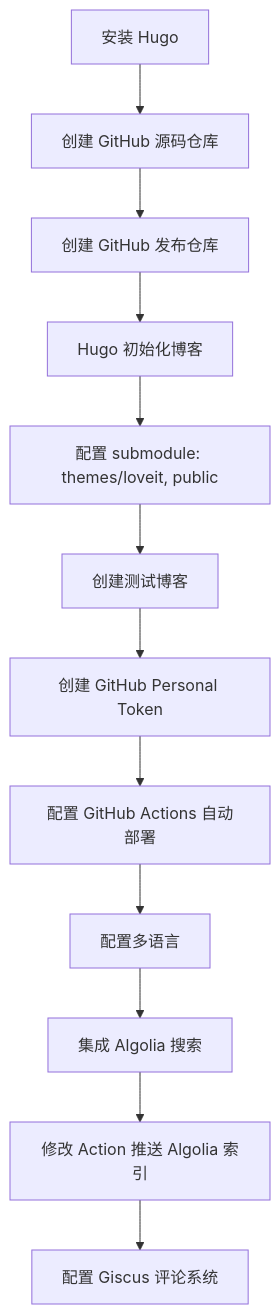
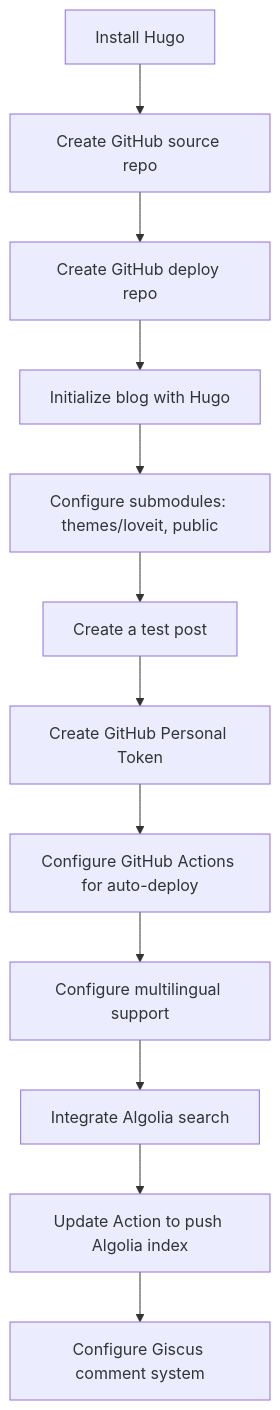
One commit to jerryliucn/jerryliucn.github.io-source changed the diagram in content/zh-cn/posts/hugo-algolia-search.md. Above: the diagram before and after it, drawn with Mermaid. The commit also changed 1 other file, not shown here.

Commit message:
try debug mermaid

```diff
--- a/content/zh-cn/posts/hugo-algolia-search.md
+++ b/content/zh-cn/posts/hugo-algolia-search.md
@@ -24,14 +24,14 @@
 {{< mermaid >}}
 flowchart TD
-    A[安装 Hugo] --> B[创建 GitHub 源码仓库]
-    B --> C[创建 GitHub 发布仓库]
-    C --> D[Hugo 初始化博客]
-    D --> E[配置 submodule: themes/loveit, public]
-    E --> F[创建测试博客]
-    F --> G[创建 GitHub Personal Token]
-    G --> H[配置 GitHub Actions 自动部署]
-    H --> I[配置多语言]
-    I --> J[集成 Algolia 搜索]
-    J --> K[修改 Action 推送 Algolia 索引]
-    K --> L[配置 Giscus 评论系统]
+    A[Install Hugo] --> B[Create GitHub source repo]
+    B --> C[Create GitHub deploy repo]
+    C --> D[Initialize blog with Hugo]
+    D --> E[Configure submodules: themes/loveit, public]
+    E --> F[Create a test post]
+    F --> G[Create GitHub Personal Token]
+    G --> H[Configure GitHub Actions for auto-deploy]
+    H --> I[Configure multilingual support]
+    I --> J[Integrate Algolia search]
+    J --> K[Update Action to push Algolia index]
+    K --> L[Configure Giscus comment system]
 {{< /mermaid >}}
```
